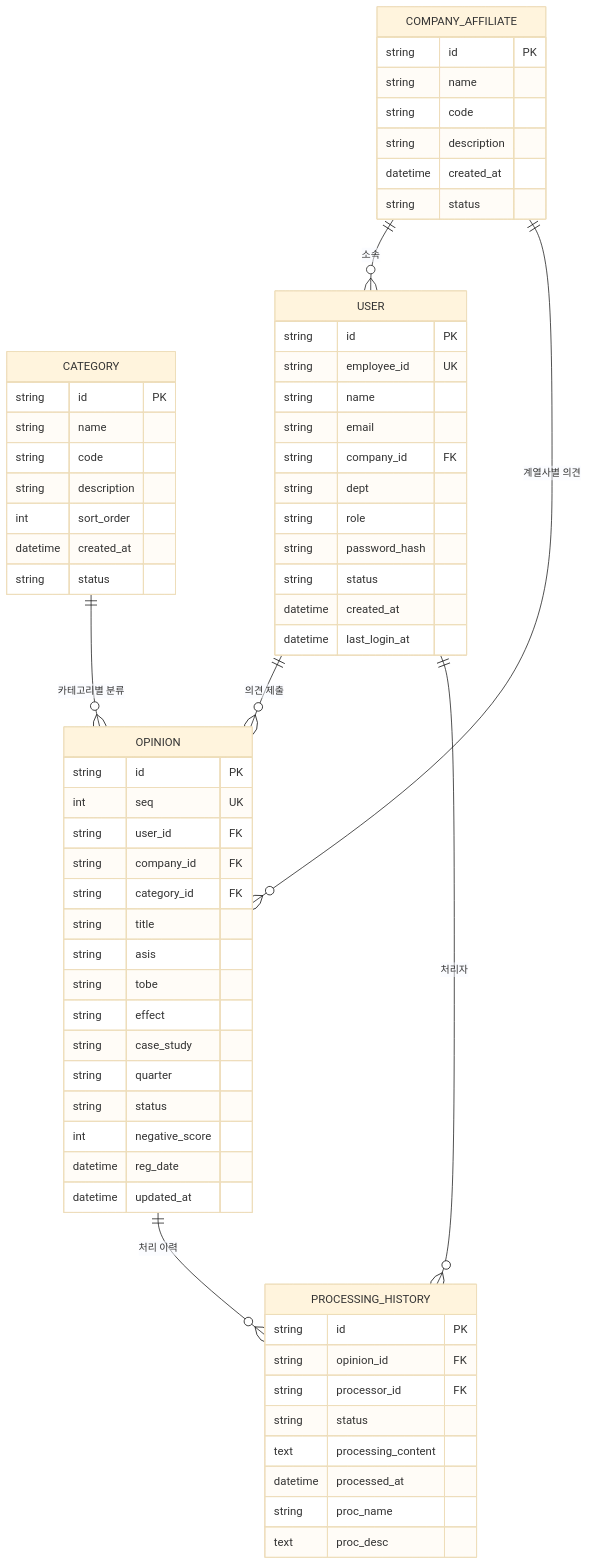
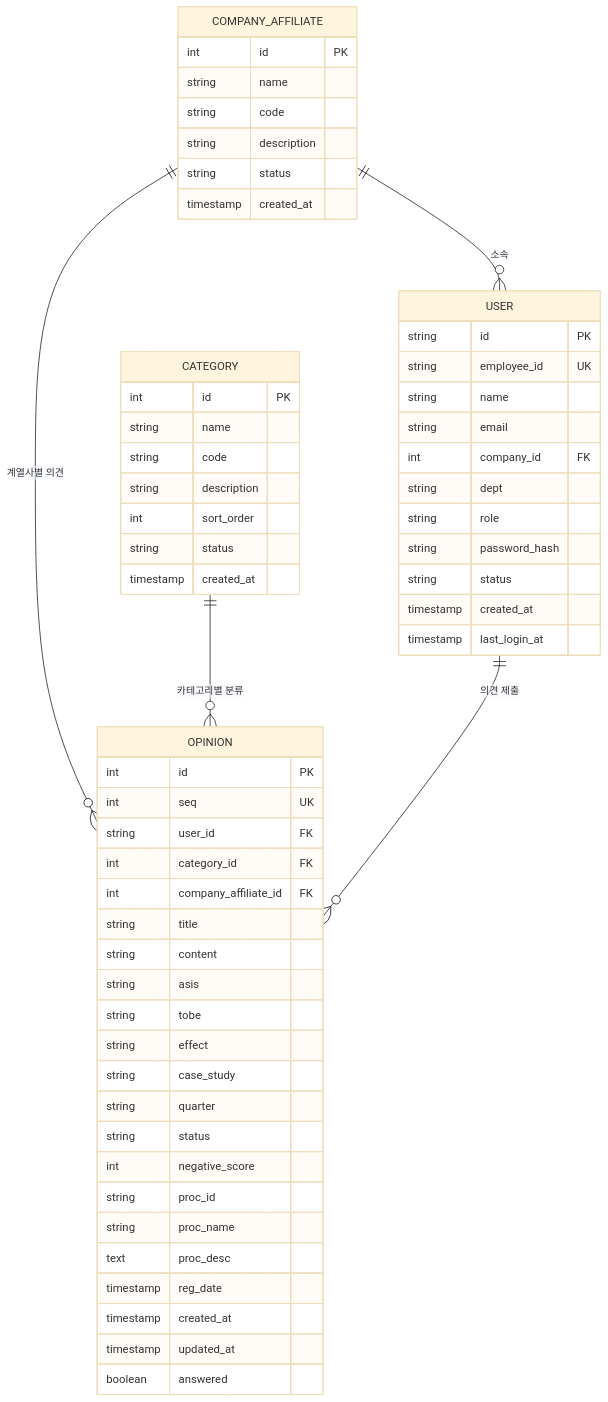
One commit to sodyfam/voice-iinsight-cursor changed the first of 4 diagrams in doc/4)ERD.md. Above: the diagram before and after it, drawn with Mermaid (base theme). The commit also changed other lines of this file and 12 other files, not shown here.

````diff
--- a/doc/4)ERD.md
+++ b/doc/4)ERD.md
@@ -55,71 +52,64 @@
 ```mermaid
 erDiagram
     COMPANY_AFFILIATE {
-        string id PK
+        int id PK
         string name
         string code
         string description
-        datetime created_at
         string status
+        timestamp created_at
     }
     
     CATEGORY {
-        string id PK
+        int id PK
         string name
         string code
         string description
         int sort_order
-        datetime created_at
         string status
+        timestamp created_at
     }
     
     USER {
         string id PK
         string employee_id UK
         string name
         string email
-        string company_id FK
+        int company_id FK
         string dept
         string role
         string password_hash
         string status
-        datetime created_at
-        datetime last_login_at
+        timestamp created_at
+        timestamp last_login_at
     }
     
     OPINION {
-        string id PK
+        int id PK
         int seq UK
         string user_id FK
-        string company_id FK
-        string category_id FK
+        int category_id FK
+        int company_affiliate_id FK
         string title
+        string content
         string asis
         string tobe
         string effect
         string case_study
         string quarter
         string status
         int negative_score
-        datetime reg_date
-        datetime updated_at
-    }
-    
-    PROCESSING_HISTORY {
-        string id PK
-        string opinion_id FK
-        string processor_id FK
-        string status
-        text processing_content
-        datetime processed_at
+        string proc_id
         string proc_name
         text proc_desc
+        timestamp reg_date
+        timestamp created_at
+        timestamp updated_at
+        boolean answered
     }
     
     COMPANY_AFFILIATE ||--o{ USER : "소속"
     COMPANY_AFFILIATE ||--o{ OPINION : "계열사별 의견"
     CATEGORY ||--o{ OPINION : "카테고리별 분류"
     USER ||--o{ OPINION : "의견 제출"
-    USER ||--o{ PROCESSING_HISTORY : "처리자"
-    OPINION ||--o{ PROCESSING_HISTORY : "처리 이력"
 ```
````
